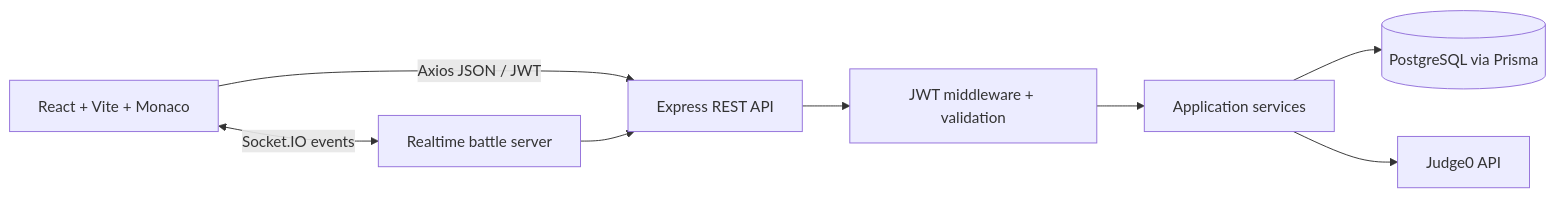
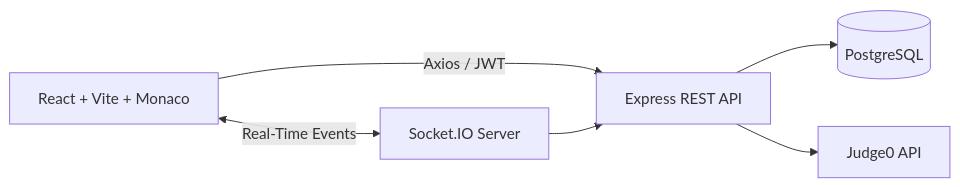
The diagram in README.md (priyanshuuxx/codearena-realtime-coding-platform), drawn with Mermaid before and after one commit. The commit also changed other lines of this file and 5 other files, not shown here.

````diff
--- a/README.md
+++ b/README.md
@@ -105,10 +159,14 @@
 ```mermaid
 flowchart LR
-  UI[React + Vite + Monaco] -->|Axios JSON / JWT| API[Express REST API]
-  UI <-->|Socket.IO events| RT[Realtime battle server]
-  API --> AUTH[JWT middleware + validation]
-  AUTH --> LOGIC[Application services]
-  LOGIC --> DB[(PostgreSQL via Prisma)]
-  LOGIC --> JUDGE[Judge0 API]
-  RT --> API
+    UI[React + Vite + Monaco]
+    API[Express REST API]
+    RT[Socket.IO Server]
+    DB[(PostgreSQL)]
+    JUDGE[Judge0 API]
+
+    UI -->|Axios / JWT| API
+    UI <-->|Real-Time Events| RT
+    API --> DB
+    API --> JUDGE
+    RT --> API
 ```
````
